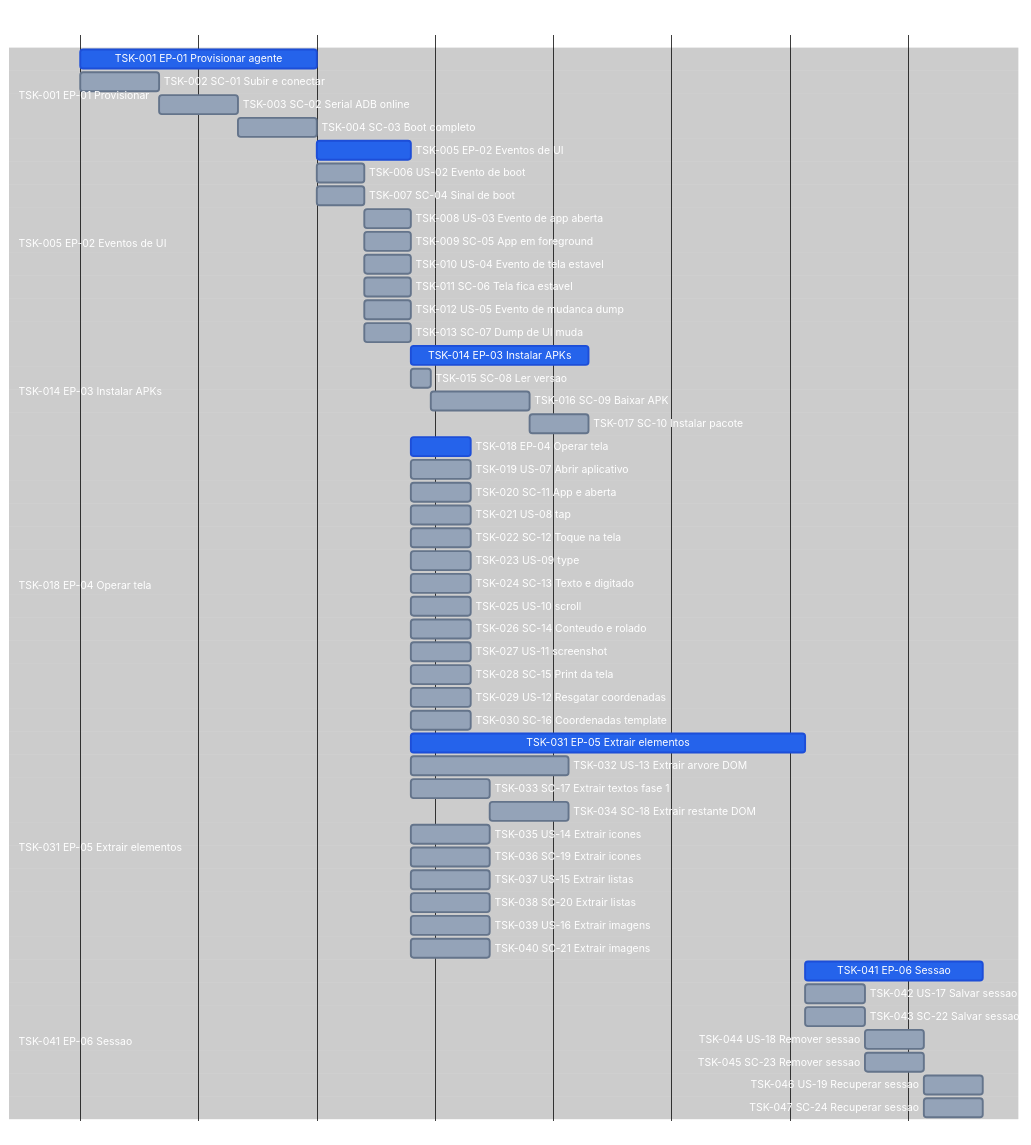
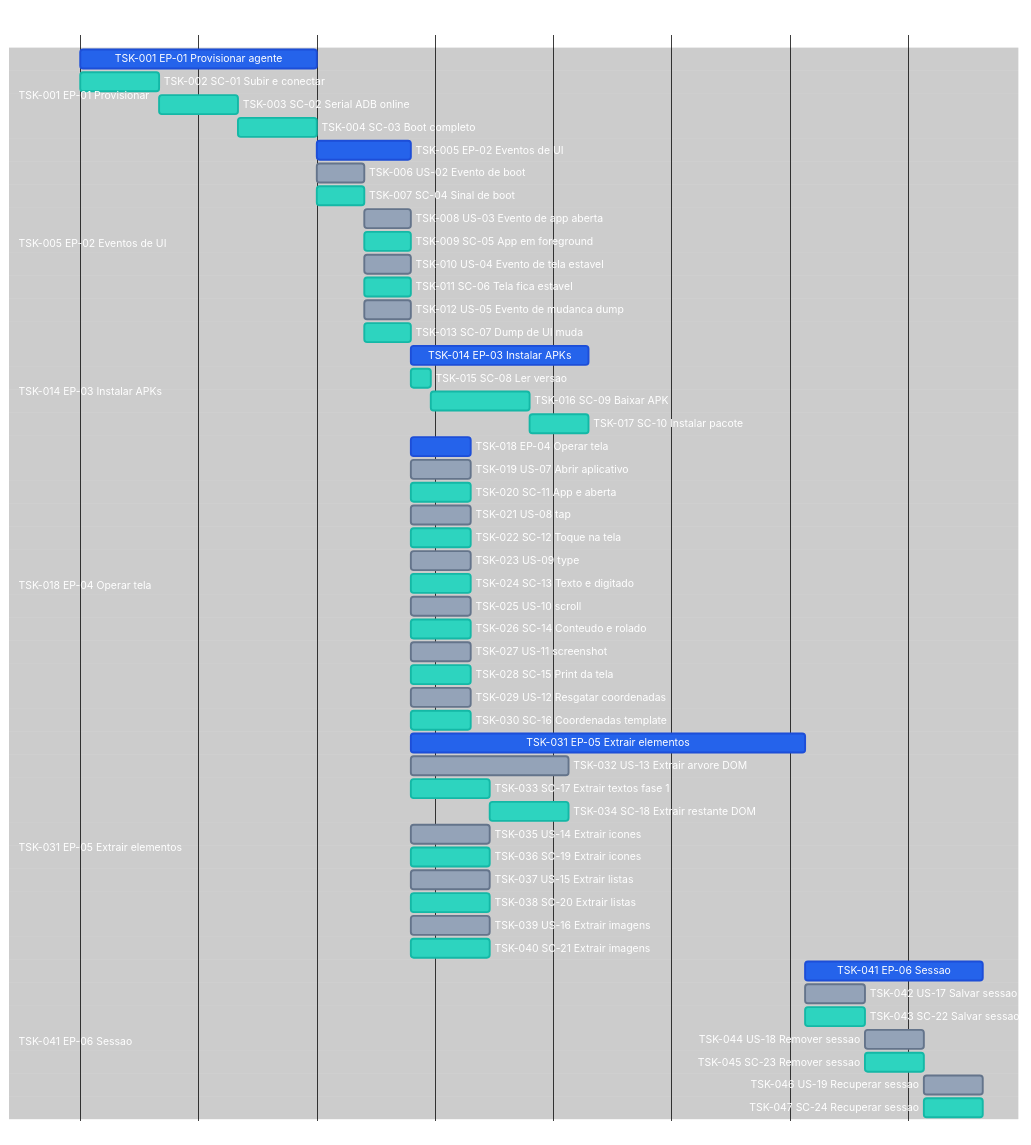
One commit to laerciogermano/workstation changed the diagram in connectmax/screen-robot/7.tasks.md. Above: the diagram before and after it, drawn with Mermaid.

Commit message:
Diferencia SC no Gantt de tasks com cor teal (status active).

````diff
--- a/connectmax/screen-robot/7.tasks.md
+++ b/connectmax/screen-robot/7.tasks.md
@@ -41,8 +41,8 @@
     taskTextOutsideColor: '#ffffff'
     critBkgColor: '#2563eb'
     critBorderColor: '#1d4ed8'
-    activeTaskBkgColor: '#94a3b8'
-    activeTaskBorderColor: '#64748b'
+    activeTaskBkgColor: '#2dd4bf'
+    activeTaskBorderColor: '#14b8a6'
 ---
 gantt
   title screen-robot TSK
@@ -51,60 +51,60 @@
 
   section TSK-001 EP-01 Provisionar
   TSK-001 EP-01 Provisionar agente      :done, tsk01, 0, 60m
-  TSK-002 SC-01 Subir e conectar        :tsk02, 0, 20m
-  TSK-003 SC-02 Serial ADB online       :tsk03, after tsk02, 20m
-  TSK-004 SC-03 Boot completo           :tsk04, after tsk03, 20m
+  TSK-002 SC-01 Subir e conectar        :active, tsk02, 0, 20m
+  TSK-003 SC-02 Serial ADB online       :active, tsk03, after tsk02, 20m
+  TSK-004 SC-03 Boot completo           :active, tsk04, after tsk03, 20m
 
   section TSK-005 EP-02 Eventos de UI
   TSK-005 EP-02 Eventos de UI           :done, tsk05, after tsk01, 24m
   TSK-006 US-02 Evento de boot          :tsk06, after tsk01, 12m
-  TSK-007 SC-04 Sinal de boot           :tsk07, after tsk01, 12m
+  TSK-007 SC-04 Sinal de boot           :active, tsk07, after tsk01, 12m
   TSK-008 US-03 Evento de app aberta    :tsk08, after tsk06, 12m
-  TSK-009 SC-05 App em foreground       :tsk09, after tsk06, 12m
+  TSK-009 SC-05 App em foreground       :active, tsk09, after tsk06, 12m
   TSK-010 US-04 Evento de tela estavel  :tsk10, after tsk06, 12m
-  TSK-011 SC-06 Tela fica estavel       :tsk11, after tsk06, 12m
+  TSK-011 SC-06 Tela fica estavel       :active, tsk11, after tsk06, 12m
   TSK-012 US-05 Evento de mudanca dump  :tsk12, after tsk06, 12m
-  TSK-013 SC-07 Dump de UI muda         :tsk13, after tsk06, 12m
+  TSK-013 SC-07 Dump de UI muda         :active, tsk13, after tsk06, 12m
 
   section TSK-014 EP-03 Instalar APKs
   TSK-014 EP-03 Instalar APKs           :done, tsk14, after tsk12, 45m
-  TSK-015 SC-08 Ler versao              :tsk15, after tsk12, 5m
-  TSK-016 SC-09 Baixar APK              :tsk16, after tsk15, 25m
-  TSK-017 SC-10 Instalar pacote         :tsk17, after tsk16, 15m
+  TSK-015 SC-08 Ler versao              :active, tsk15, after tsk12, 5m
+  TSK-016 SC-09 Baixar APK              :active, tsk16, after tsk15, 25m
+  TSK-017 SC-10 Instalar pacote         :active, tsk17, after tsk16, 15m
 
   section TSK-018 EP-04 Operar tela
   TSK-018 EP-04 Operar tela             :done, tsk18, after tsk12, 15m
   TSK-019 US-07 Abrir aplicativo        :tsk19, after tsk12, 15m
-  TSK-020 SC-11 App e aberta            :tsk20, after tsk12, 15m
+  TSK-020 SC-11 App e aberta            :active, tsk20, after tsk12, 15m
   TSK-021 US-08 tap                     :tsk21, after tsk12, 15m
-  TSK-022 SC-12 Toque na tela           :tsk22, after tsk12, 15m
+  TSK-022 SC-12 Toque na tela           :active, tsk22, after tsk12, 15m
   TSK-023 US-09 type                    :tsk23, after tsk12, 15m
-  TSK-024 SC-13 Texto e digitado        :tsk24, after tsk12, 15m
+  TSK-024 SC-13 Texto e digitado        :active, tsk24, after tsk12, 15m
   TSK-025 US-10 scroll                  :tsk25, after tsk12, 15m
-  TSK-026 SC-14 Conteudo e rolado       :tsk26, after tsk12, 15m
+  TSK-026 SC-14 Conteudo e rolado       :active, tsk26, after tsk12, 15m
   TSK-027 US-11 screenshot              :tsk27, after tsk12, 15m
-  TSK-028 SC-15 Print da tela           :tsk28, after tsk12, 15m
+  TSK-028 SC-15 Print da tela           :active, tsk28, after tsk12, 15m
   TSK-029 US-12 Resgatar coordenadas    :tsk29, after tsk12, 15m
-  TSK-030 SC-16 Coordenadas template    :tsk30, after tsk12, 15m
+  TSK-030 SC-16 Coordenadas template    :active, tsk30, after tsk12, 15m
 
   section TSK-031 EP-05 Extrair elementos
   TSK-031 EP-05 Extrair elementos       :done, tsk31, after tsk12, 100m
   TSK-032 US-13 Extrair arvore DOM      :tsk32, after tsk12, 40m
-  TSK-033 SC-17 Extrair textos fase 1   :tsk33, after tsk12, 20m
-  TSK-034 SC-18 Extrair restante DOM    :tsk34, after tsk33, 20m
+  TSK-033 SC-17 Extrair textos fase 1   :active, tsk33, after tsk12, 20m
+  TSK-034 SC-18 Extrair restante DOM    :active, tsk34, after tsk33, 20m
   TSK-035 US-14 Extrair icones          :tsk35, after tsk12, 20m
-  TSK-036 SC-19 Extrair icones          :tsk36, after tsk12, 20m
+  TSK-036 SC-19 Extrair icones          :active, tsk36, after tsk12, 20m
   TSK-037 US-15 Extrair listas          :tsk37, after tsk12, 20m
-  TSK-038 SC-20 Extrair listas          :tsk38, after tsk12, 20m
+  TSK-038 SC-20 Extrair listas          :active, tsk38, after tsk12, 20m
   TSK-039 US-16 Extrair imagens         :tsk39, after tsk12, 20m
-  TSK-040 SC-21 Extrair imagens         :tsk40, after tsk12, 20m
+  TSK-040 SC-21 Extrair imagens         :active, tsk40, after tsk12, 20m
 
   section TSK-041 EP-06 Sessao
   TSK-041 EP-06 Sessao                  :done, tsk41, after tsk31, 45m
   TSK-042 US-17 Salvar sessao           :tsk42, after tsk31, 15m
-  TSK-043 SC-22 Salvar sessao           :tsk43, after tsk31, 15m
+  TSK-043 SC-22 Salvar sessao           :active, tsk43, after tsk31, 15m
   TSK-044 US-18 Remover sessao          :tsk44, after tsk42, 15m
-  TSK-045 SC-23 Remover sessao          :tsk45, after tsk42, 15m
+  TSK-045 SC-23 Remover sessao          :active, tsk45, after tsk42, 15m
   TSK-046 US-19 Recuperar sessao        :tsk46, after tsk44, 15m
-  TSK-047 SC-24 Recuperar sessao        :tsk47, after tsk44, 15m
+  TSK-047 SC-24 Recuperar sessao        :active, tsk47, after tsk44, 15m
 ```
````
